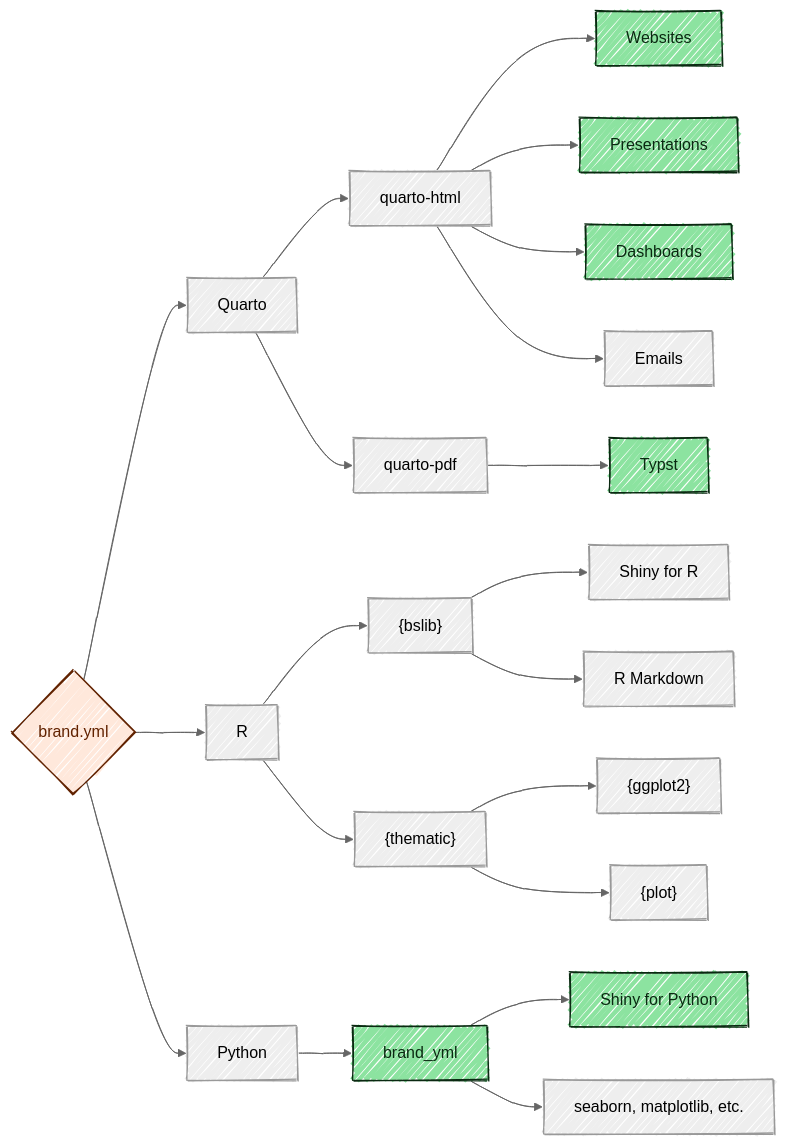
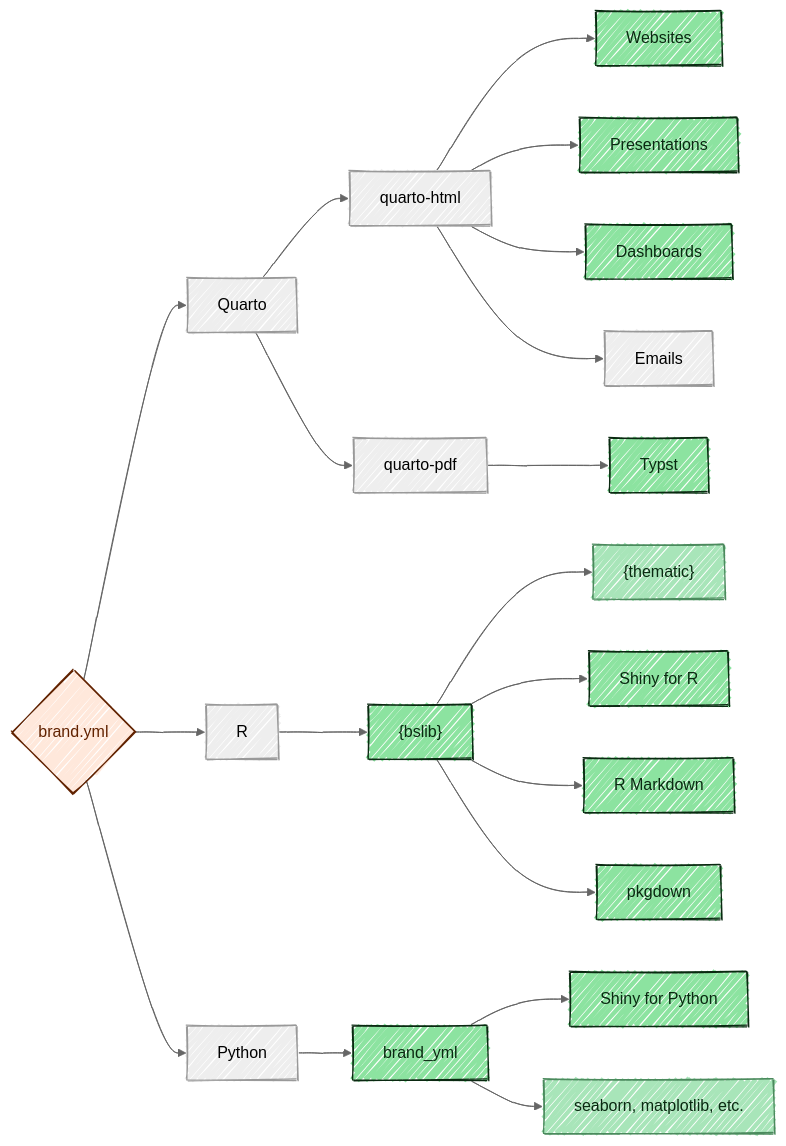
One commit to posit-dev/brand-yml changed the diagram in docs/index.qmd. Above: the diagram before and after it, drawn with Mermaid. The commit also changed other lines of this file, not shown here.

First line of the commit message:
docs: Update support diagram to reflect bslib and Shiny for R support

````diff
--- a/docs/index.qmd
+++ b/docs/index.qmd
@@ -93,49 +104,52 @@
 ```{mermaid}
 ---
 config:
   look: handDrawn
   theme: neutral
 ---
 flowchart LR
     by{brand.yml}
     by-->quarto[Quarto]
     quarto-->quarto-html
     quarto-->quarto-pdf
     quarto-html-->quarto-websites[Websites]
     quarto-html-->quarto-presentations[Presentations]
     quarto-html-->quarto-dashboards[Dashboards]
     quarto-html-->quarto-emails[Emails]
     quarto-pdf-->quarto-typst[Typst]
 
     by-->R
     R-->r-bslib["{bslib}"]
-    R-->r-thematic["{thematic}"]
+    r-bslib-->r-thematic["{thematic}"]
     r-bslib-->r-shiny["Shiny for R"]
     r-bslib-->r-rmd["R Markdown"]
-    r-thematic-->r-ggplot2["{ggplot2}"]
-    r-thematic-->r-plot["{plot}"]
+    r-bslib-->r-pkgdown["pkgdown"]
+    %% r-thematic-->r-ggplot2["{ggplot2}"]
+    %% r-thematic-->r-plot["{plot}"]
 
     by-->Python
     Python-->py-brand_yml["brand_yml"]
     py-brand_yml-->py-shiny[Shiny for Python]
-    py-brand_yml-->py-seaborn[seaborn, matplotlib, etc.]
+    py-brand_yml-->py-plots[seaborn, matplotlib, etc.]
 
     classDef implemented fill:#8CE3A0,stroke:#0A2911,color:#0A2911;
-    class quarto-websites,quarto-presentations,quarto-dashboards,quarto-typst,py-brand_yml implemented;
+    classDef partial fill:#A8E5B9,stroke:#4B8A5D,color:#0A2911;
     classDef in-progress fill:#B3D7FF,stroke:#00254D,color:#00254D;
-    class py-shiny implemented;
     classDef highlighted fill:#FFE8DB,stroke:#612200,color:#612200;
+
+    class quarto-websites,quarto-presentations,quarto-dashboards,quarto-typst,py-brand_yml,py-shiny,r-bslib,r-shiny,r-rmd,r-pkgdown implemented;
+    class r-thematic,py-plots partial;
     class by highlighted;
 
     click quarto href "https://prerelease.quarto.org/docs/authoring/brand.html"
     click quarto-typst href "https://quarto.org/docs/output-formats/typst.html" "Typst in Quarto"
     click quarto-presentations href "https://quarto.org/docs/presentations/revealjs/" "Reveal.js in Quarto"
     click quarto-dashboards href "https://quarto.org/docs/dashboards/" "Dashboards in Quarto"
     click r-shiny href "https://shiny.posit.co/"
     click r-bslib href "https://rstudio.github.io/bslib/"
     click r-thematic href "https://rstudio.github.io/thematic/"
     click r-ggplot2 href "https://ggplot2.tidyverse.org/"
     click r-rmd href "https://rmarkdown.rstudio.com/"
     click py-shiny href "https://shiny.posit.co/py/"
     click py-brand_yml href "pkg/py/"
 ```
````
